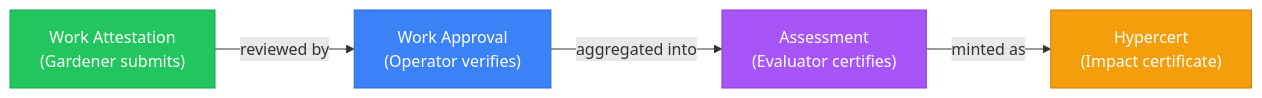
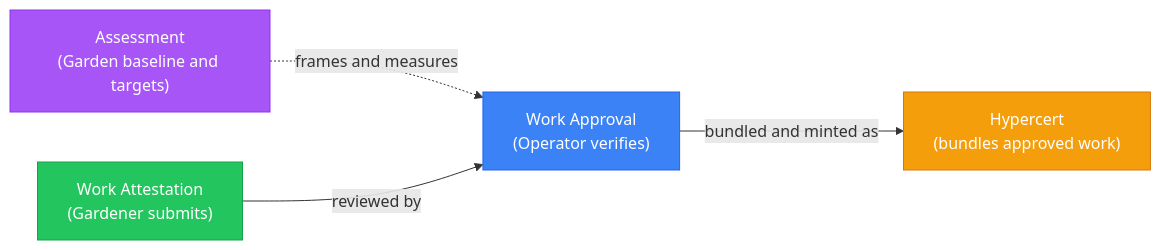
One commit to greenpill-dev-guild/green-goods changed the second of 2 diagrams in docs/docs/community/how-it-works.mdx. Above: the diagram before and after it, drawn with Mermaid. The commit also changed 11 other files, not shown here.

First line of the commit message:
docs: reconcile impact-domain taxonomy + assessment lifecycle (RESR-6) (#598)

````diff
--- a/docs/docs/community/how-it-works.mdx
+++ b/docs/docs/community/how-it-works.mdx
@@ -154,11 +154,11 @@
 ```mermaid
 graph LR
+    A["Assessment<br/>(Garden baseline and targets)"] -.->|frames and measures| WA
     W["Work Attestation<br/>(Gardener submits)"] -->|reviewed by| WA["Work Approval<br/>(Operator verifies)"]
-    WA -->|aggregated into| A["Assessment<br/>(Evaluator certifies)"]
-    A -->|minted as| H["Hypercert<br/>(Impact certificate)"]
+    WA -->|bundled and minted as| H["Hypercert<br/>(bundles approved work)"]
 
+    style A fill:#a855f7,stroke:#9333ea,color:#fff
     style W fill:#22c55e,stroke:#16a34a,color:#fff
     style WA fill:#3b82f6,stroke:#2563eb,color:#fff
-    style A fill:#a855f7,stroke:#9333ea,color:#fff
     style H fill:#f59e0b,stroke:#d97706,color:#fff
 ```
````
